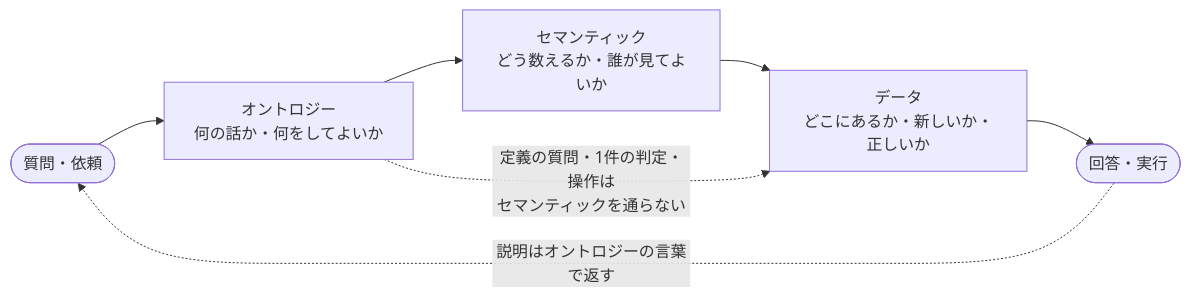
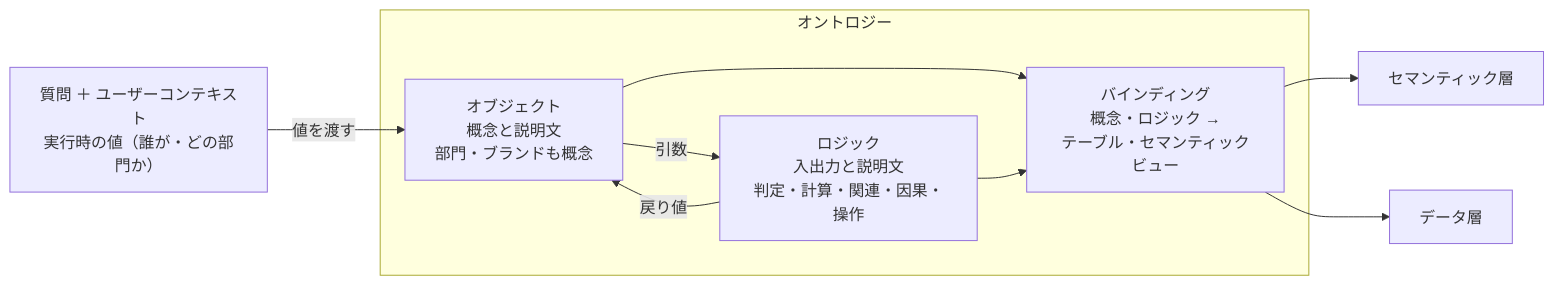
One commit to keito118/ai-ready-requirements changed the diagram in framework/ja/06_ontology-design.md. Above: the diagram before and after it, drawn with Mermaid. The commit also changed other lines of this file and 16 other files, not shown here.

````diff
--- a/framework/ja/06_ontology-design.md
+++ b/framework/ja/06_ontology-design.md
@@ -9,9 +7,15 @@
 ```mermaid
 flowchart LR
-  Q([質問・依頼]) --> O[オントロジー<br/>何の話か・何をしてよいか]
-  O --> S[セマンティック<br/>どう数えるか・誰が見てよいか]
-  S --> D[データ<br/>どこにあるか・新しいか・正しいか]
-  D --> A([回答・実行])
-  O -. 定義の質問・1件の判定・操作は<br/>セマンティックを通らない .-> D
-  A -. 説明はオントロジーの言葉で返す .-> Q
+  IN["質問 ＋ ユーザーコンテキスト<br/>実行時の値（誰が・どの部門か）"] -- 値を渡す --> OBJ
+  subgraph ONT[オントロジー]
+    OBJ["オブジェクト<br/>概念と説明文<br/>部門・ブランドも概念"]
+    LOG["ロジック<br/>入出力と説明文<br/>判定・計算・関連・因果・操作"]
+    BIND["バインディング<br/>概念・ロジック →<br/>テーブル・セマンティックビュー"]
+    OBJ -- 引数 --> LOG
+    LOG -- 戻り値 --> OBJ
+    OBJ --> BIND
+    LOG --> BIND
+  end
+  BIND --> SEM[セマンティック層]
+  BIND --> DAT[データ層]
 ```
````
